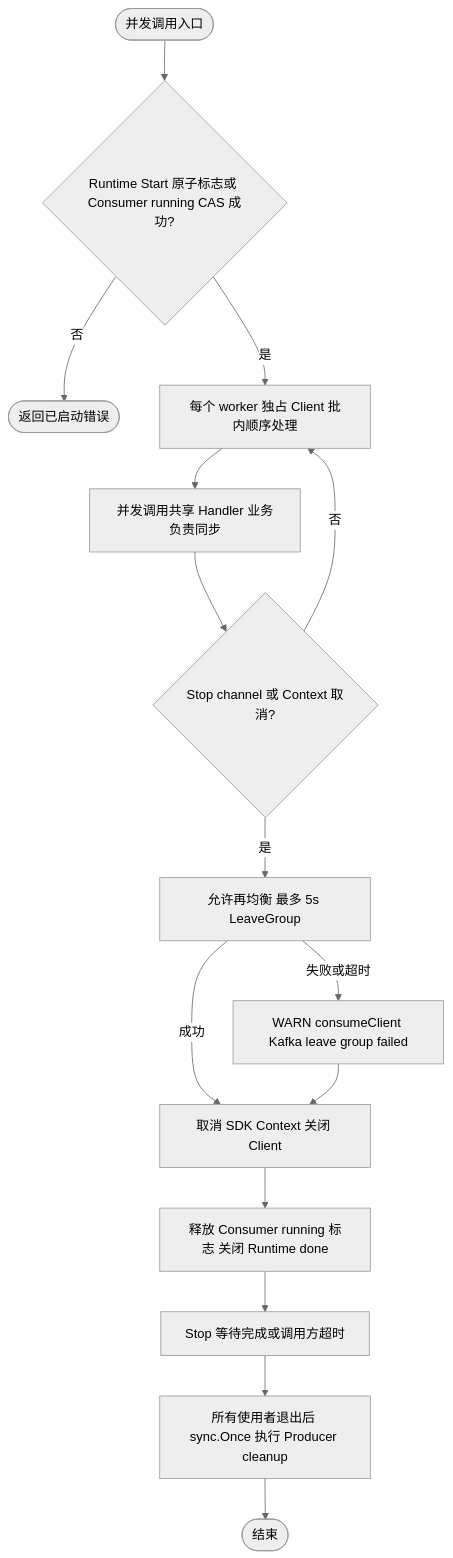
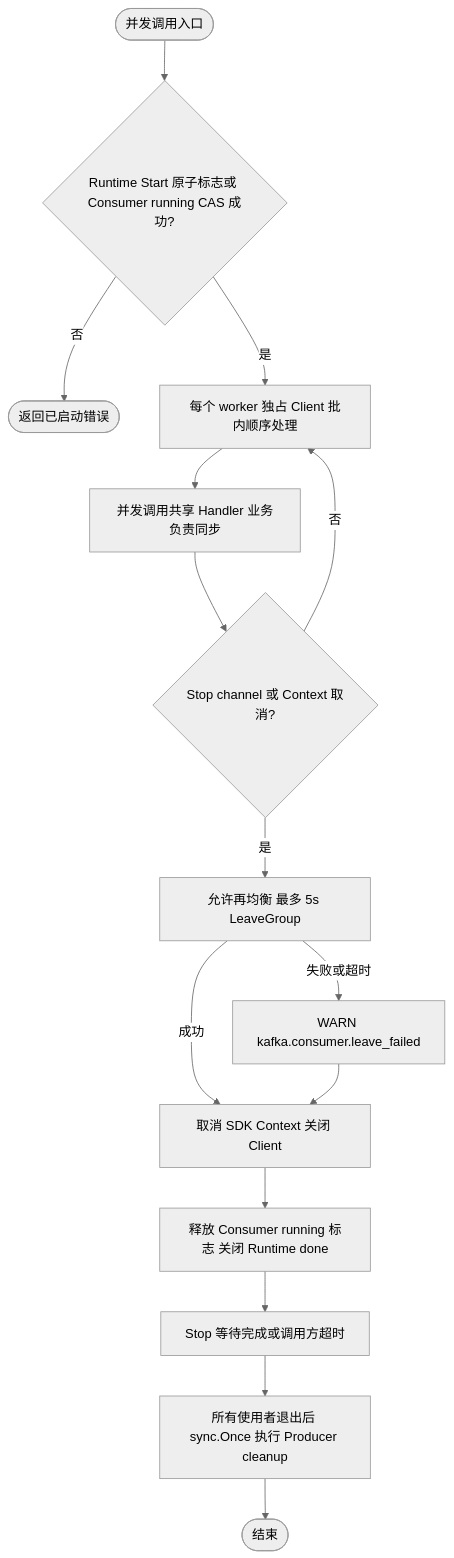
One commit to jaggerzhuang1994/kratos-foundation changed the sixth of 6 diagrams in pkg/kafka/README.md. Above: the diagram before and after it, drawn with Mermaid (neutral theme). The commit also changed other lines of this file and 204 other files, not shown here.

````diff
--- a/pkg/kafka/README.md
+++ b/pkg/kafka/README.md
@@ -332,17 +338,17 @@
 ```mermaid
 flowchart TD
     A([并发调用入口]) --> B{Runtime Start 原子标志或 Consumer running CAS 成功?}
     B -- 否 --> C([返回已启动错误])
     B -- 是 --> D[每个 worker 独占 Client 批内顺序处理]
     D --> E[并发调用共享 Handler 业务负责同步]
     E --> F{Stop channel 或 Context 取消?}
     F -- 否 --> D
     F -- 是 --> G[允许再均衡 最多 5s LeaveGroup]
-    G -- 失败或超时 --> H[WARN consumeClient Kafka leave group failed]
+    G -- 失败或超时 --> H[WARN kafka.consumer.leave_failed]
     G -- 成功 --> I[取消 SDK Context 关闭 Client]
     H --> I
     I --> J[释放 Consumer running 标志 关闭 Runtime done]
     J --> K[Stop 等待完成或调用方超时]
     K --> L[所有使用者退出后 sync.Once 执行 Producer cleanup]
     L --> M([结束])
 ```
````
